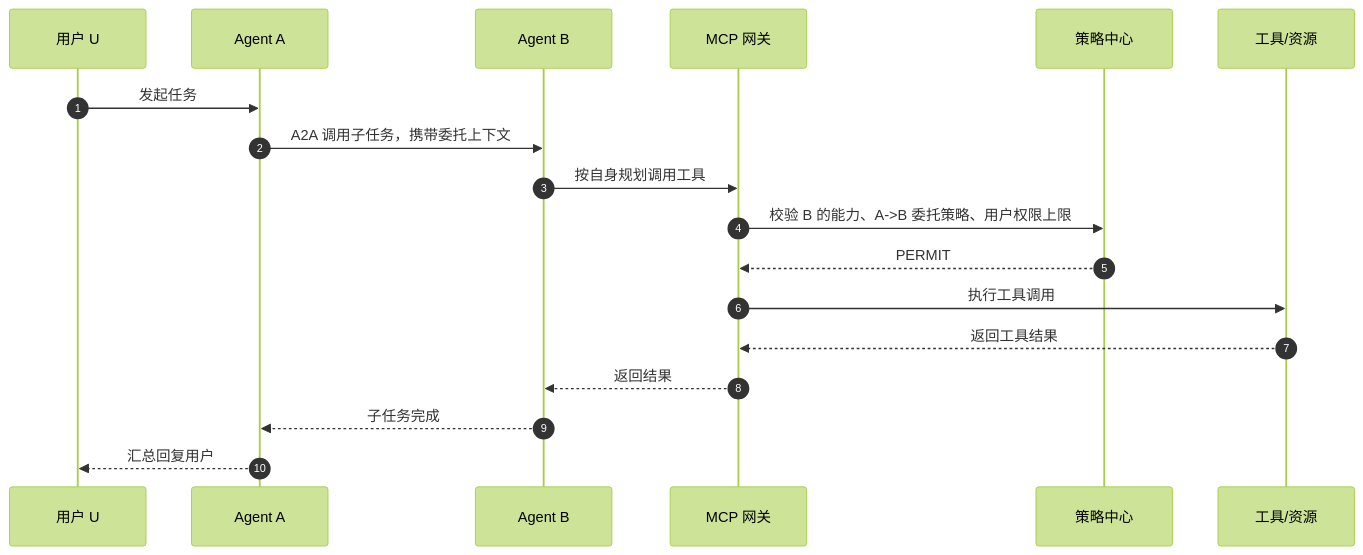
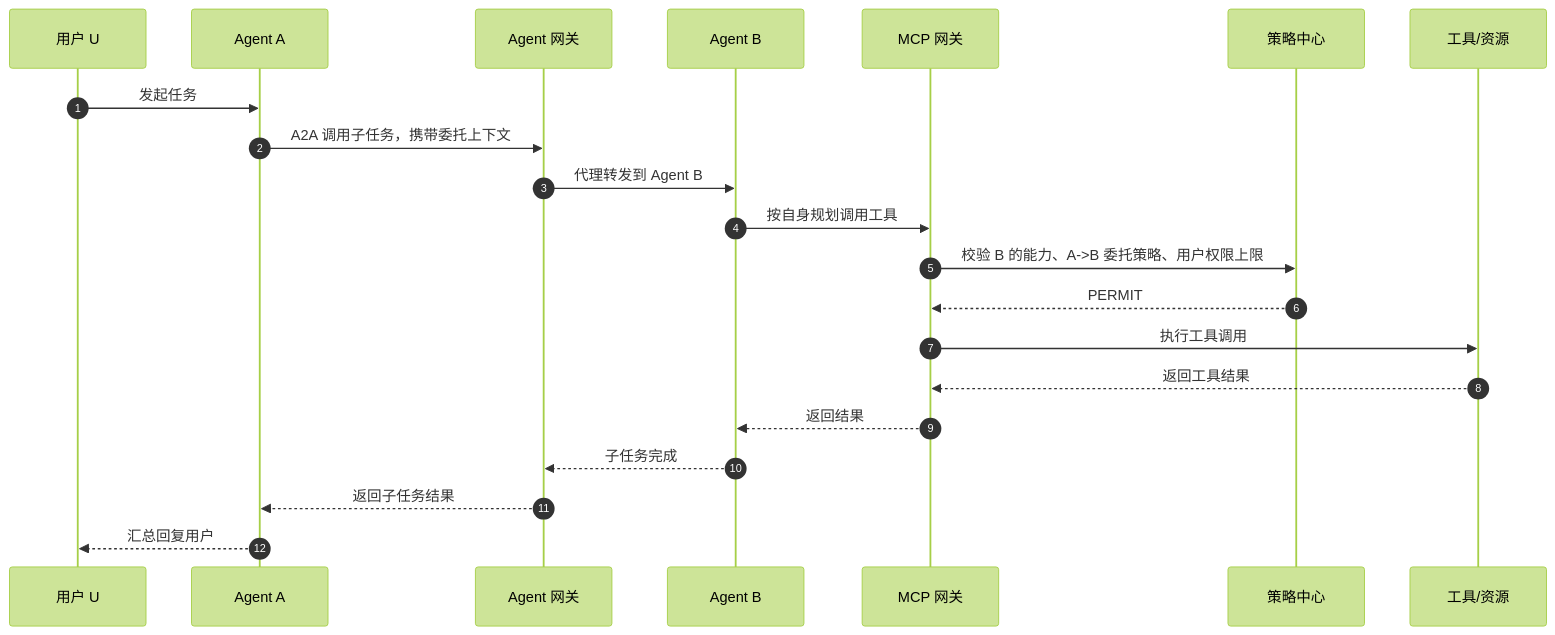
One commit to xuning117634-ux/auth-design-spec changed the second of 5 diagrams in docs/final_design/10_A2A委托授权与Agent安全方案.md. Above: the diagram before and after it, drawn with Mermaid (forest theme). The commit also changed other lines of this file and 1 other file, not shown here.

````diff
--- a/docs/final_design/10_A2A委托授权与Agent安全方案.md
+++ b/docs/final_design/10_A2A委托授权与Agent安全方案.md
@@ -117,21 +128,24 @@
 ```mermaid
 sequenceDiagram
     autonumber
     participant U as 用户 U
     participant A as Agent A
+    participant GW as Agent 网关
     participant B as Agent B
     participant MCP as MCP 网关
     participant PC as 策略中心
     participant T as 工具/资源
 
     U->>A: 发起任务
-    A->>B: A2A 调用子任务，携带委托上下文
+    A->>GW: A2A 调用子任务，携带委托上下文
+    GW->>B: 代理转发到 Agent B
     B->>MCP: 按自身规划调用工具
     MCP->>PC: 校验 B 的能力、A->B 委托策略、用户权限上限
     PC-->>MCP: PERMIT
     MCP->>T: 执行工具调用
     T-->>MCP: 返回工具结果
     MCP-->>B: 返回结果
-    B-->>A: 子任务完成
+    B-->>GW: 子任务完成
+    GW-->>A: 返回子任务结果
     A-->>U: 汇总回复用户
 ```
````
